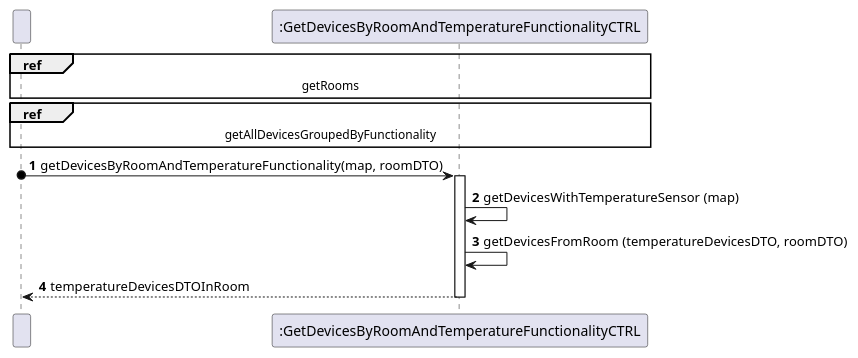
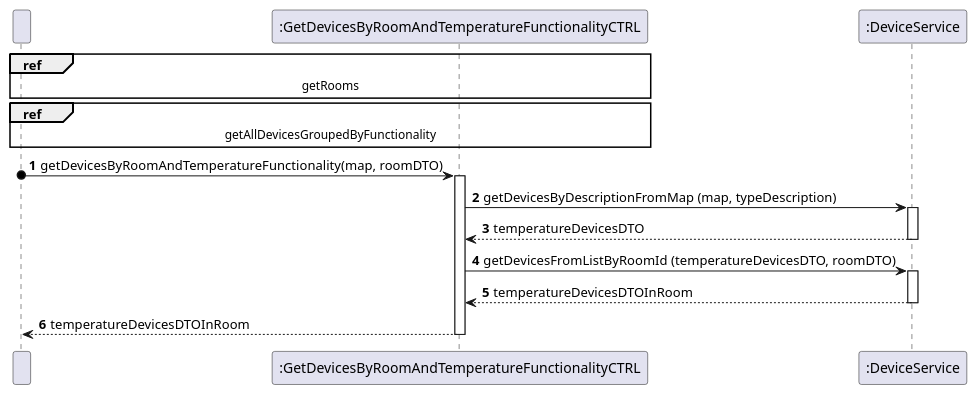
One commit to olivDiogo/SmartHome changed the diagram in docs/useCases/uc12_toGetDevicesByRoomAndTemperatureFunctionality/artifacts/uc12_SD.puml. Above: the diagram before and after it, drawn with PlantUML. The commit also changed 5 other files, not shown here.

Commit message:
refactor: removed logic from GetDevicesByRoomAndTemperatureFunctionalityController and added it to DeviceServiceImpl - #397

```diff
--- a/docs/useCases/uc12_toGetDevicesByRoomAndTemperatureFunctionality/artifacts/uc12_SD.puml
+++ b/docs/useCases/uc12_toGetDevicesByRoomAndTemperatureFunctionality/artifacts/uc12_SD.puml
@@ -1,26 +1,38 @@
 @startuml
 'https://plantuml.com/sequence-diagram
 
 participant " " as User
 participant Controller as ":GetDevicesByRoomAndTemperatureFunctionalityCTRL"
-
+participant Service as ":DeviceService"
 
 autonumber
 
 ref over User, Controller: getRooms
 
 ref over User, Controller: getAllDevicesGroupedByFunctionality
 
 User o-> Controller: getDevicesByRoomAndTemperatureFunctionality(map, roomDTO)
 
 activate Controller
 
-Controller -> Controller: getDevicesWithTemperatureSensor (map)
+Controller -> Service: getDevicesByDescriptionFromMap (map, typeDescription)
 
-Controller -> Controller: getDevicesFromRoom (temperatureDevicesDTO, roomDTO)
+activate Service
+
+Service --> Controller: temperatureDevicesDTO
+
+deactivate Service
+
+Controller -> Service: getDevicesFromListByRoomId (temperatureDevicesDTO, roomDTO)
+
+activate Service
+
+Service --> Controller: temperatureDevicesDTOInRoom
+
+deactivate Service
 
 Controller --> User: temperatureDevicesDTOInRoom
 
 deactivate Controller
 
 @enduml
```
